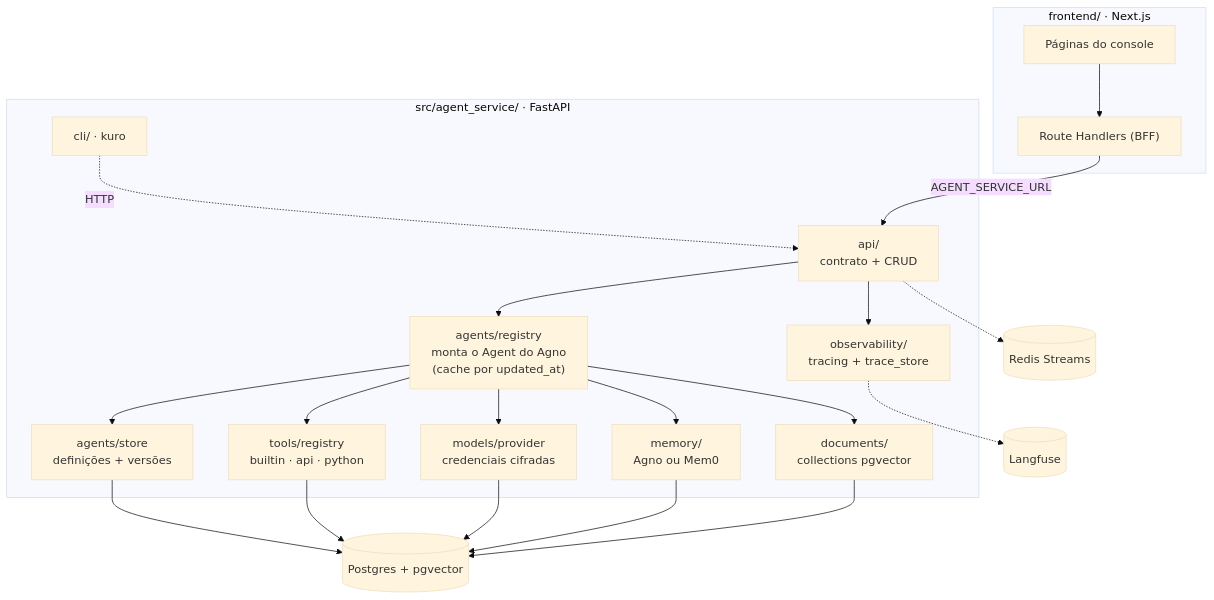
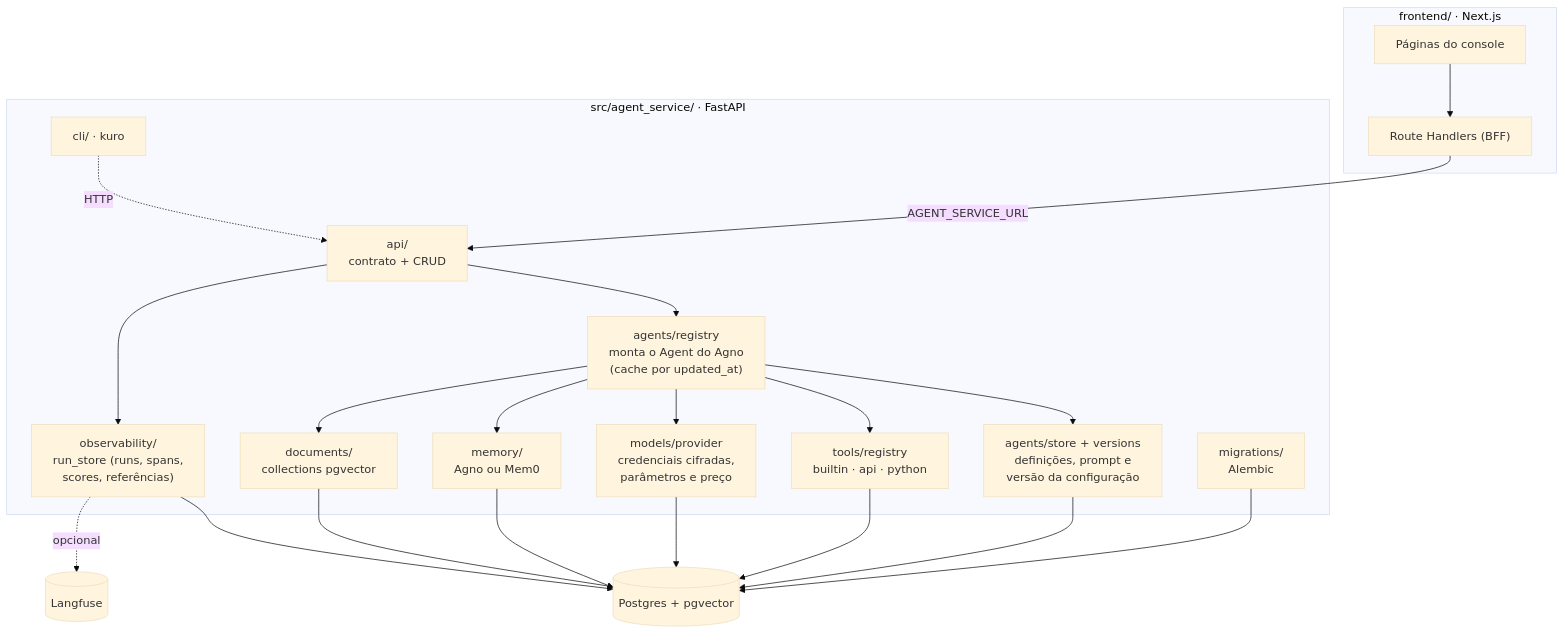
Before and after one commit to Arthur-Marques-IA/microservice_agents: the diagram in docs/diagramas/arquitetura.mmd, drawn with Mermaid (base theme). The commit also changed 10 other files, not shown here.

First line of the commit message:
docs: README, ROADMAP e diagramas alinhados com os Sprints 1–3 e o console

```diff
--- a/docs/diagramas/arquitetura.mmd
+++ b/docs/diagramas/arquitetura.mmd
@@ -1,20 +1,21 @@
 flowchart TB
     subgraph frontend["frontend/ · Next.js"]
         PAGES["Páginas do console"] --> BFF["Route Handlers (BFF)"]
     end
 
     subgraph backend["src/agent_service/ · FastAPI"]
         ROUTES["api/<br/>contrato + CRUD"] --> REG["agents/registry<br/>monta o Agent do Agno<br/>(cache por updated_at)"]
-        REG --> STORE["agents/store<br/>definições + versões"]
+        REG --> STORE["agents/store + versions<br/>definições, prompt e<br/>versão da configuração"]
         REG --> TOOLS["tools/registry<br/>builtin · api · python"]
-        REG --> MODELS["models/provider<br/>credenciais cifradas"]
+        REG --> MODELS["models/provider<br/>credenciais cifradas,<br/>parâmetros e preço"]
         REG --> MEM["memory/<br/>Agno ou Mem0"]
         REG --> DOCS["documents/<br/>collections pgvector"]
-        ROUTES --> OBSV["observability/<br/>tracing + trace_store"]
+        ROUTES --> OBSV["observability/<br/>run_store (runs, spans,<br/>scores, referências)"]
         CLI["cli/ · kuro"] -. "HTTP" .-> ROUTES
+        MIG["migrations/<br/>Alembic"]
     end
 
     BFF -- "AGENT_SERVICE_URL" --> ROUTES
-    STORE & TOOLS & MODELS & MEM & DOCS --> PG[("Postgres + pgvector")]
-    ROUTES -.-> RD[("Redis Streams")]
-    OBSV -.-> LF[("Langfuse")]
+    STORE & TOOLS & MODELS & MEM & DOCS & OBSV --> PG[("Postgres + pgvector")]
+    MIG --> PG
+    OBSV -. "opcional" .-> LF[("Langfuse")]
```
